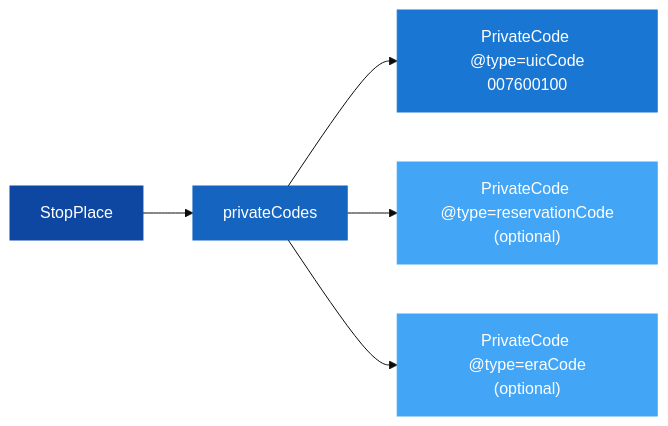
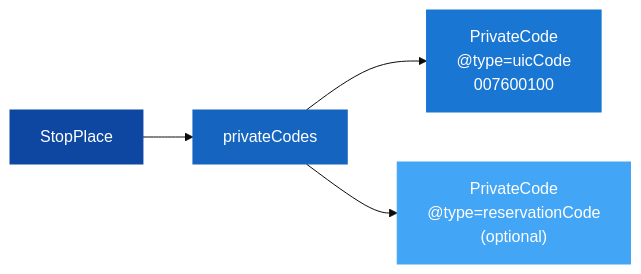
Before and after one commit to hfjelstad/uic-netex-profile-workspace-full: the first of 4 diagrams in Guides/LocationHandling/LocationHandling_Guide.md, drawn with Mermaid (base theme). The commit also changed other lines of this file and 9 other files, not shown here.

````diff
--- a/Guides/LocationHandling/LocationHandling_Guide.md
+++ b/Guides/LocationHandling/LocationHandling_Guide.md
@@ -62,13 +47,11 @@
 ```mermaid
 flowchart LR
     SP["StopPlace"] --> PC["privateCodes"]
-    PC --> U["PrivateCode @type=uicCode\n007600100"]
-    PC --> R["PrivateCode @type=reservationCode\n(optional)"]
-    PC --> E["PrivateCode @type=eraCode\n(optional)"]
+    PC --> U["PrivateCode<br/>@type=uicCode<br/>007600100"]
+    PC --> R["PrivateCode<br/>@type=reservationCode<br/>(optional)"]
 
     style SP fill:#0D47A1,stroke:#0D47A1,color:#fff
     style PC fill:#1565C0,stroke:#1565C0,color:#fff
     style U fill:#1976D2,stroke:#1976D2,color:#fff
     style R fill:#42A5F5,stroke:#42A5F5,color:#fff
-    style E fill:#42A5F5,stroke:#42A5F5,color:#fff
 ```
````
